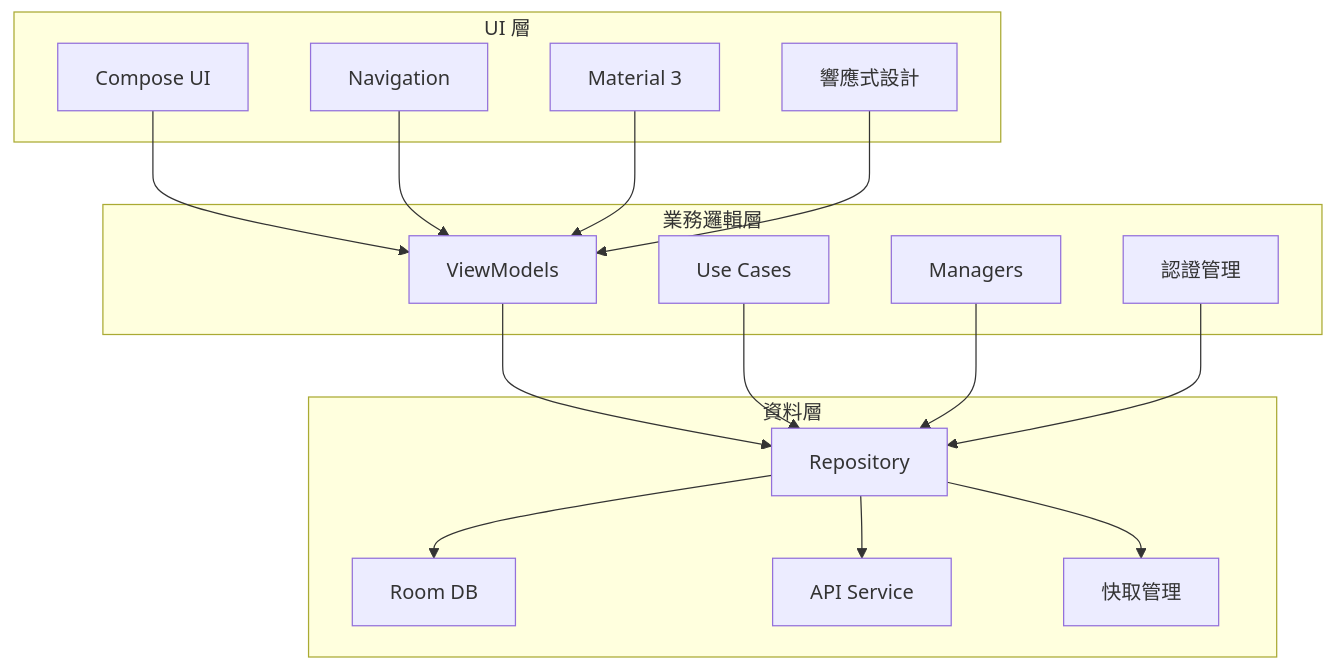
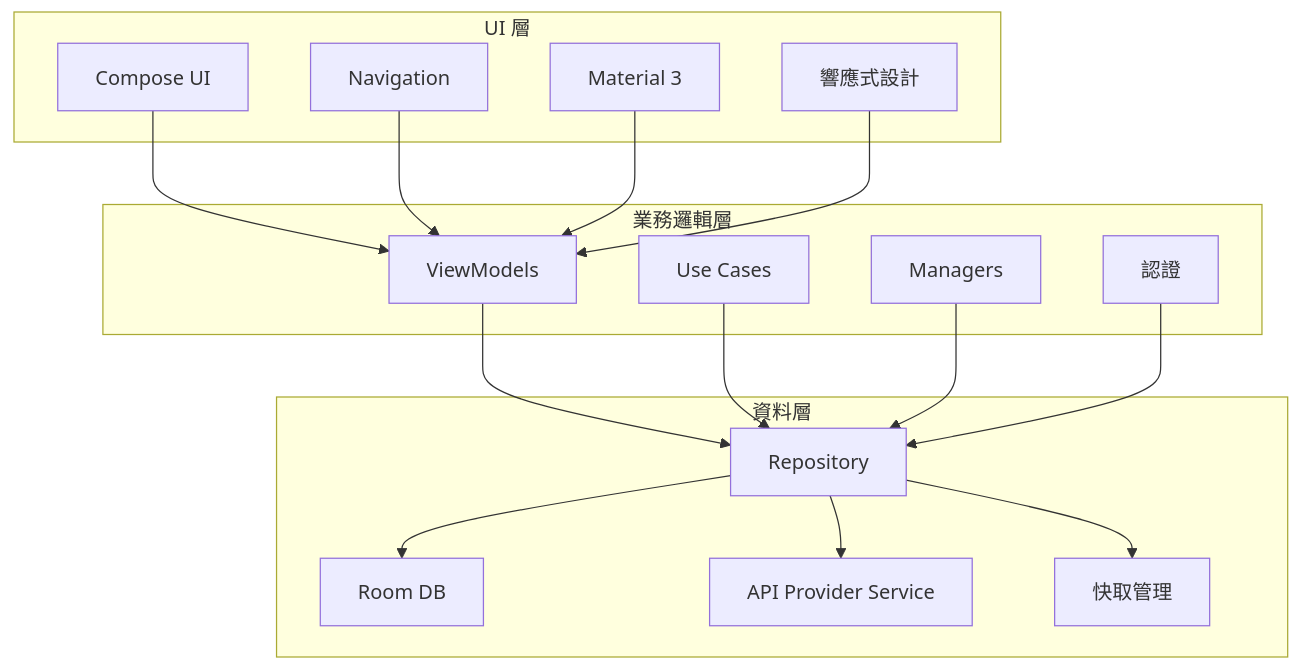
One commit to kuoyaoming/Wealth-Manager changed the first of 3 diagrams in README_zh.md. Above: the diagram before and after it, drawn with Mermaid. The commit also changed other lines of this file and 1 other file, not shown here.

````diff
--- a/README_zh.md
+++ b/README_zh.md
@@ -158,35 +108,35 @@
 ```mermaid
 graph TB
     subgraph "UI 層"
         A[Compose UI]
         B[Navigation]
         C[Material 3]
         D[響應式設計]
     end
-    
+
     subgraph "業務邏輯層"
         E[ViewModels]
         F[Use Cases]
         G[Managers]
-        H[認證管理]
+        H[認證]
     end
-    
+
     subgraph "資料層"
         I[Repository]
         J[Room DB]
-        K[API Service]
+        K[API Provider Service]
         L[快取管理]
     end
-    
+
     A --> E
     B --> E
     C --> E
     D --> E
     E --> I
     F --> I
     G --> I
     H --> I
     I --> J
     I --> K
     I --> L
 ```
````
